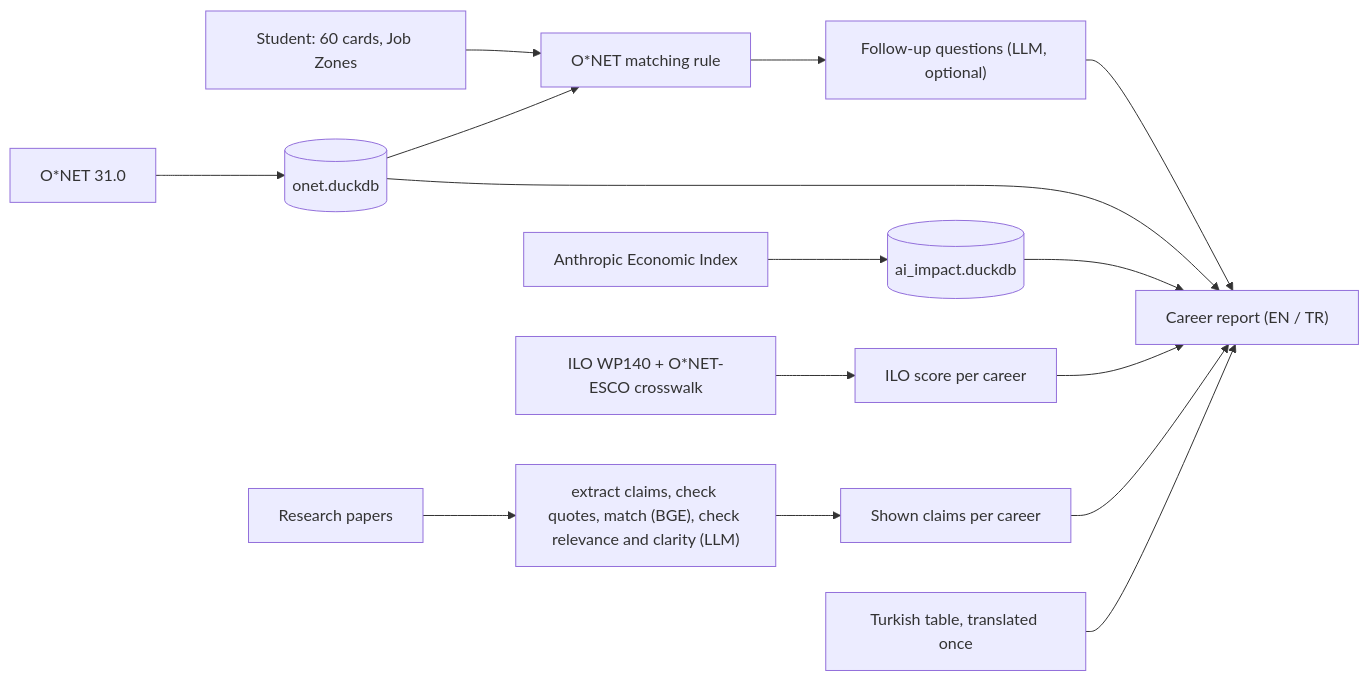
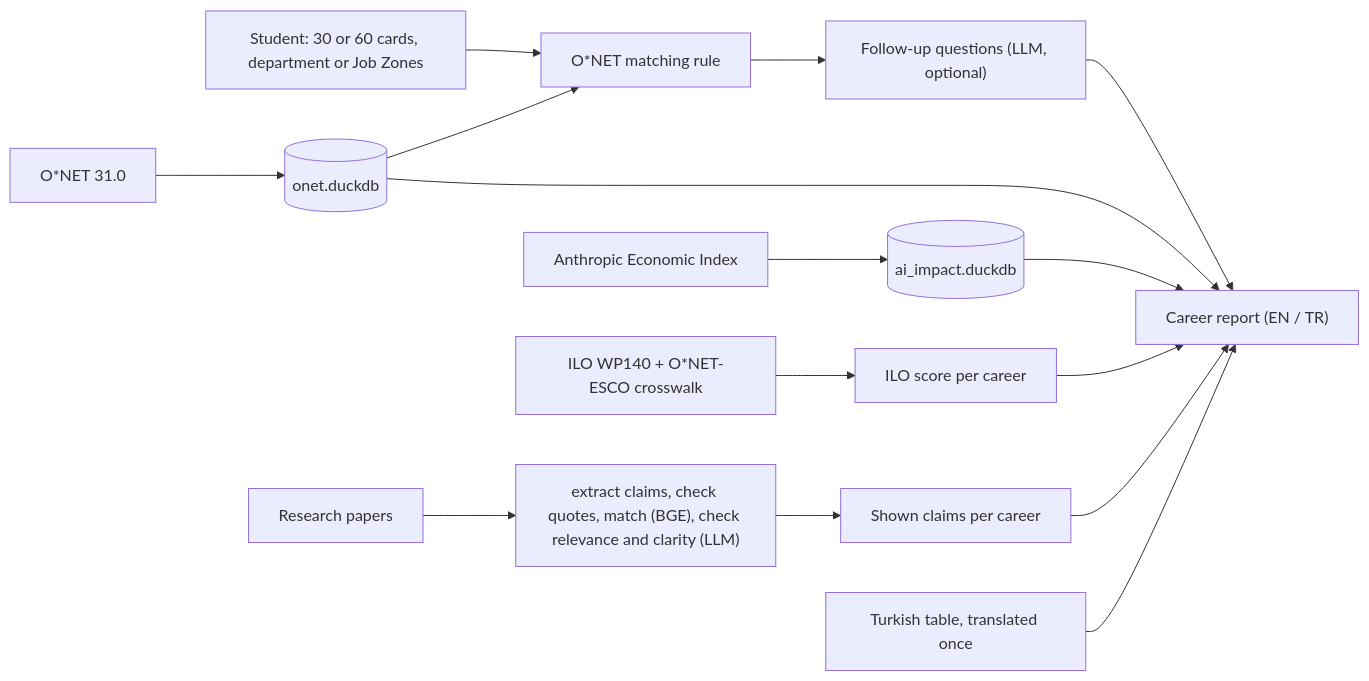
The diagram in README.md (b454k/ai-aware-career-guide), drawn with Mermaid before and after one commit. The commit also changed other lines of this file and 6 other files, not shown here.

````diff
--- a/README.md
+++ b/README.md
@@ -34,17 +34,17 @@
 ```mermaid
 flowchart LR
-    student["Student: 60 cards, Job Zones"] --> match["O*NET matching rule"]
+    student["Student: 30 or 60 cards, department or Job Zones"] --> match["O*NET matching rule"]
     match --> follow["Follow-up questions (LLM, optional)"]
     follow --> report["Career report (EN / TR)"]
     onet["O*NET 31.0"] --> onetdb[("onet.duckdb")]
     aei["Anthropic Economic Index"] --> aidb[("ai_impact.duckdb")]
     ilo["ILO WP140 + O*NET-ESCO crosswalk"] --> ilocsv["ILO score per career"]
     papers["Research papers"] --> pipe["extract claims, check quotes, match (BGE), check relevance and clarity (LLM)"]
     pipe --> claims["Shown claims per career"]
     onetdb --> match
     onetdb --> report
     aidb --> report
     ilocsv --> report
     claims --> report
     tr["Turkish table, translated once"] --> report
 ```
````
